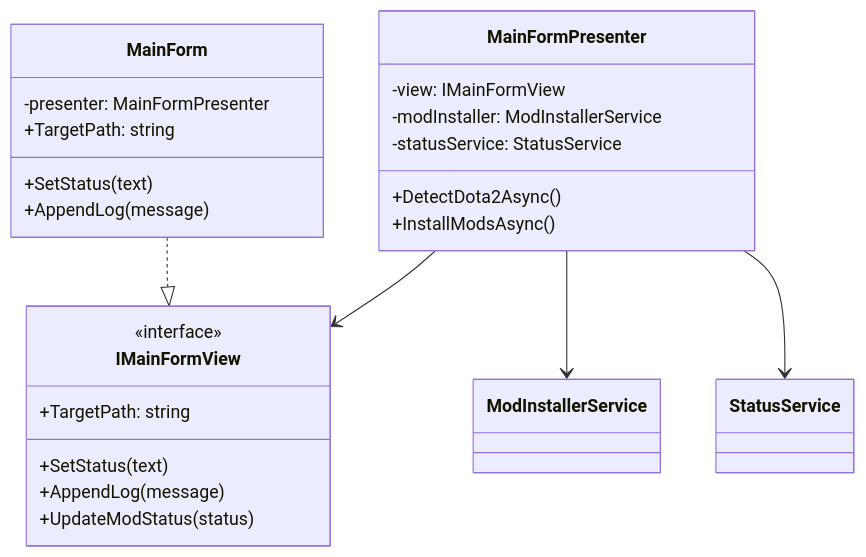
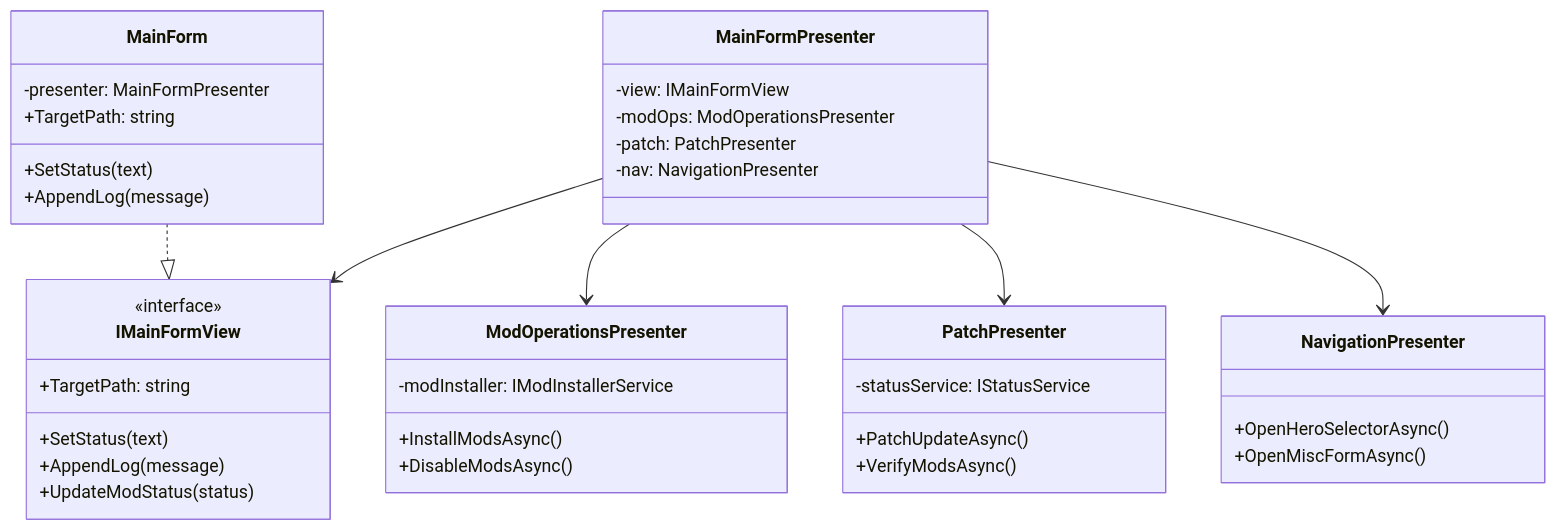
One commit to Anneardysa/ArdysaModsTools changed the third of 8 diagrams in docs/developer/architecture.md. Above: the diagram before and after it, drawn with Mermaid. The commit also changed other lines of this file and 14 other files, not shown here.

````diff
--- a/docs/developer/architecture.md
+++ b/docs/developer/architecture.md
@@ -178,30 +216,47 @@
 ```mermaid
 classDiagram
     class IMainFormView {
         <<interface>>
         +TargetPath: string
         +SetStatus(text)
         +AppendLog(message)
         +UpdateModStatus(status)
     }
 
     class MainForm {
         -presenter: MainFormPresenter
         +TargetPath: string
         +SetStatus(text)
         +AppendLog(message)
     }
 
     class MainFormPresenter {
         -view: IMainFormView
-        -modInstaller: ModInstallerService
-        -statusService: StatusService
-        +DetectDota2Async()
+        -modOps: ModOperationsPresenter
+        -patch: PatchPresenter
+        -nav: NavigationPresenter
+    }
+
+    class ModOperationsPresenter {
+        -modInstaller: IModInstallerService
         +InstallModsAsync()
+        +DisableModsAsync()
+    }
+
+    class PatchPresenter {
+        -statusService: IStatusService
+        +PatchUpdateAsync()
+        +VerifyModsAsync()
+    }
+
+    class NavigationPresenter {
+        +OpenHeroSelectorAsync()
+        +OpenMiscFormAsync()
     }
 
     MainForm ..|> IMainFormView
     MainFormPresenter --> IMainFormView
-    MainFormPresenter --> ModInstallerService
-    MainFormPresenter --> StatusService
+    MainFormPresenter --> ModOperationsPresenter
+    MainFormPresenter --> PatchPresenter
+    MainFormPresenter --> NavigationPresenter
 ```
````
